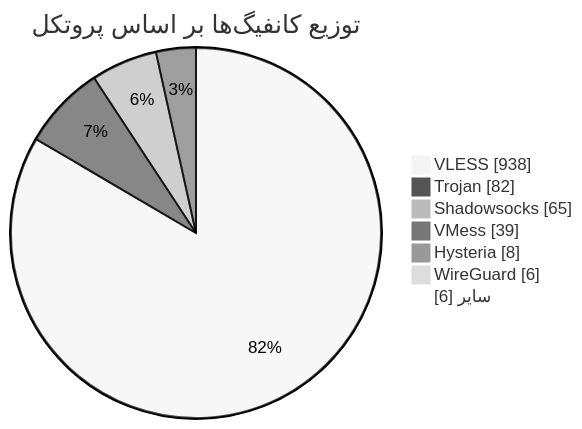
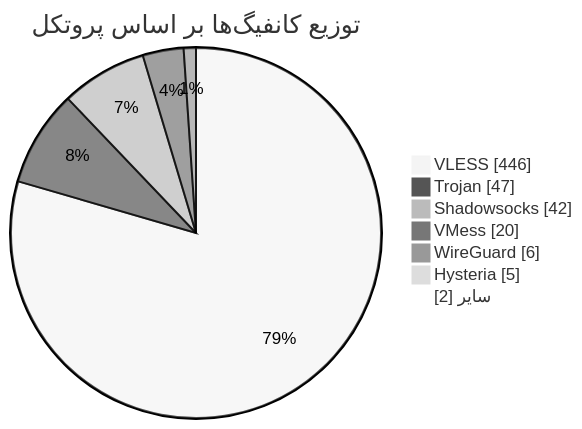
The diagram in README.md (Arian-Alijani/Somthing), drawn with Mermaid (neutral theme) before and after one commit. The commit also changed other lines of this file and 95 other files, not shown here.

````diff
--- a/README.md
+++ b/README.md
@@ -49,11 +49,11 @@
 ```mermaid
 pie showData
     title توزیع کانفیگ‌ها بر اساس پروتکل
-    "VLESS" : 938
-    "Trojan" : 82
-    "Shadowsocks" : 65
-    "VMess" : 39
-    "Hysteria" : 8
+    "VLESS" : 446
+    "Trojan" : 47
+    "Shadowsocks" : 42
+    "VMess" : 20
     "WireGuard" : 6
-    "سایر" : 6
+    "Hysteria" : 5
+    "سایر" : 2
 ```
````
